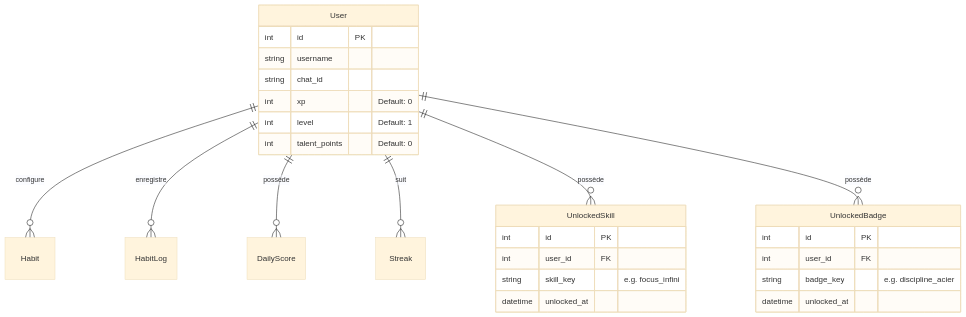
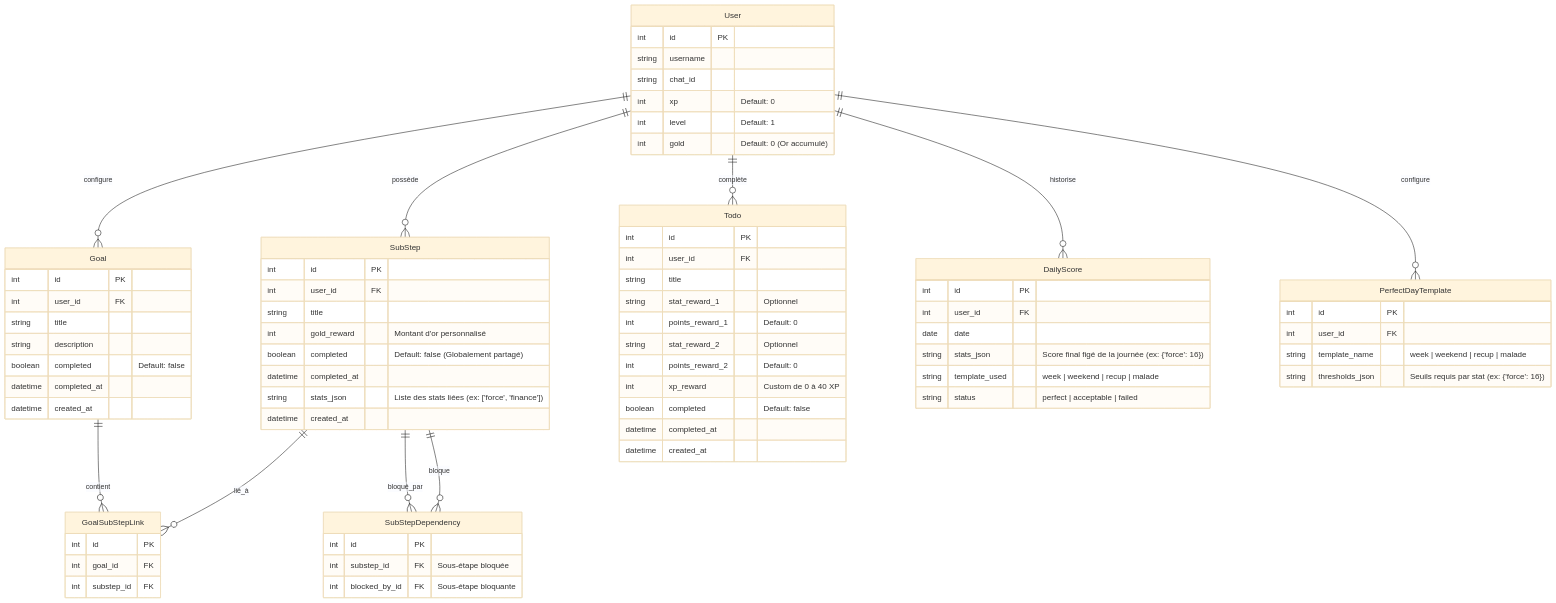
One commit to Poisson-seawater/habit-tracker changed the diagram in specs/002-multiuser-rpg-v2/plan.md. Above: the diagram before and after it, drawn with Mermaid (base theme). The commit also changed other lines of this file and 22 other files, not shown here.

````diff
--- a/specs/002-multiuser-rpg-v2/plan.md
+++ b/specs/002-multiuser-rpg-v2/plan.md
@@ -11,11 +11,16 @@
 ```mermaid
 erDiagram
-    User ||--o{ Habit : "configure"
-    User ||--o{ HabitLog : "enregistre"
-    User ||--o{ DailyScore : "possède"
-    User ||--o{ Streak : "suit"
-    User ||--o{ UnlockedSkill : "possède"
-    User ||--o{ UnlockedBadge : "possède"
+    User ||--o{ Goal : "configure"
+    User ||--o{ SubStep : "possède"
+    User ||--o{ Todo : "complète"
+    User ||--o{ DailyScore : "historise"
+    User ||--o{ PerfectDayTemplate : "configure"
+
+    Goal ||--o{ GoalSubStepLink : "contient"
+    SubStep ||--o{ GoalSubStepLink : "lié_à"
+    
+    SubStep ||--o{ SubStepDependency : "bloqué_par"
+    SubStep ||--o{ SubStepDependency : "bloque"
 
     User {
         int id PK
@@ -23,20 +28,69 @@
         string chat_id
         int xp "Default: 0"
         int level "Default: 1"
-        int talent_points "Default: 0"
+        int gold "Default: 0 (Or accumulé)"
     }
 
-    UnlockedSkill {
+    Goal {
         int id PK
         int user_id FK
-        string skill_key "e.g. focus_infini"
-        datetime unlocked_at
+        string title
+        string description
+        boolean completed "Default: false"
+        datetime completed_at
+        datetime created_at
     }
 
-    UnlockedBadge {
+    SubStep {
         int id PK
         int user_id FK
-        string badge_key "e.g. discipline_acier"
-        datetime unlocked_at
+        string title
+        int gold_reward "Montant d'or personnalisé"
+        boolean completed "Default: false (Globalement partagé)"
+        datetime completed_at
+        string stats_json "Liste des stats liées (ex: ['force', 'finance'])"
+        datetime created_at
+    }
+
+    GoalSubStepLink {
+        int id PK
+        int goal_id FK
+        int substep_id FK
+    }
+
+    SubStepDependency {
+        int id PK
+        int substep_id FK "Sous-étape bloquée"
+        int blocked_by_id FK "Sous-étape bloquante"
+    }
+
+    Todo {
+        int id PK
+        int user_id FK
+        string title
+        string stat_reward_1 "Optionnel"
+        int points_reward_1 "Default: 0"
+        string stat_reward_2 "Optionnel"
+        int points_reward_2 "Default: 0"
+        int xp_reward "Custom de 0 à 40 XP"
+        boolean completed "Default: false"
+        datetime completed_at
+        datetime created_at
+    }
+
+    DailyScore {
+        int id PK
+        int user_id FK
+        date date
+        string stats_json "Score final figé de la journée (ex: {'force': 16})"
+        string template_used "week | weekend | recup | malade"
+        string status "perfect | acceptable | failed"
+    }
+
+    PerfectDayTemplate {
+        int id PK
+        int user_id FK
+        string template_name "week | weekend | recup | malade"
+        string thresholds_json "Seuils requis par stat (ex: {'force': 16})"
     }
 ```
````
